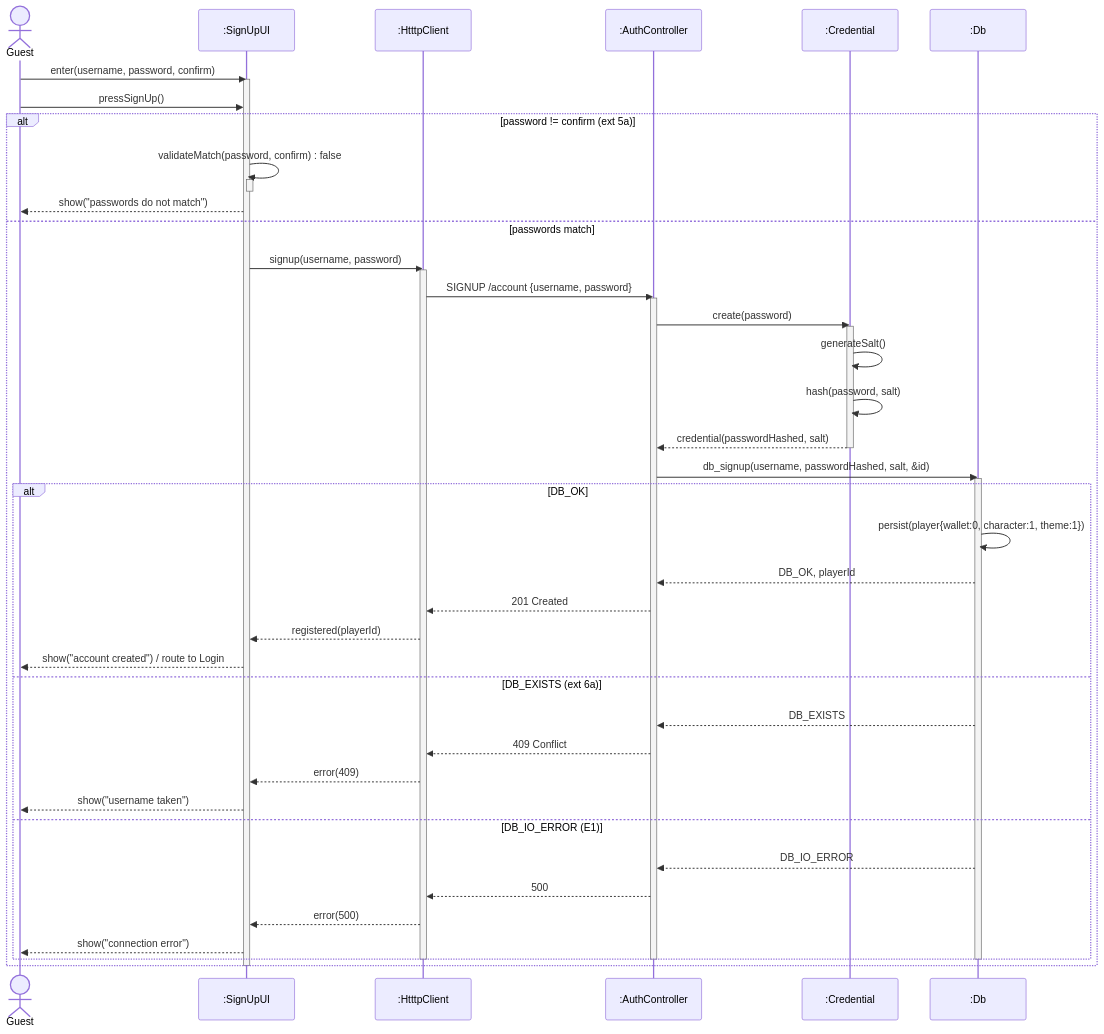
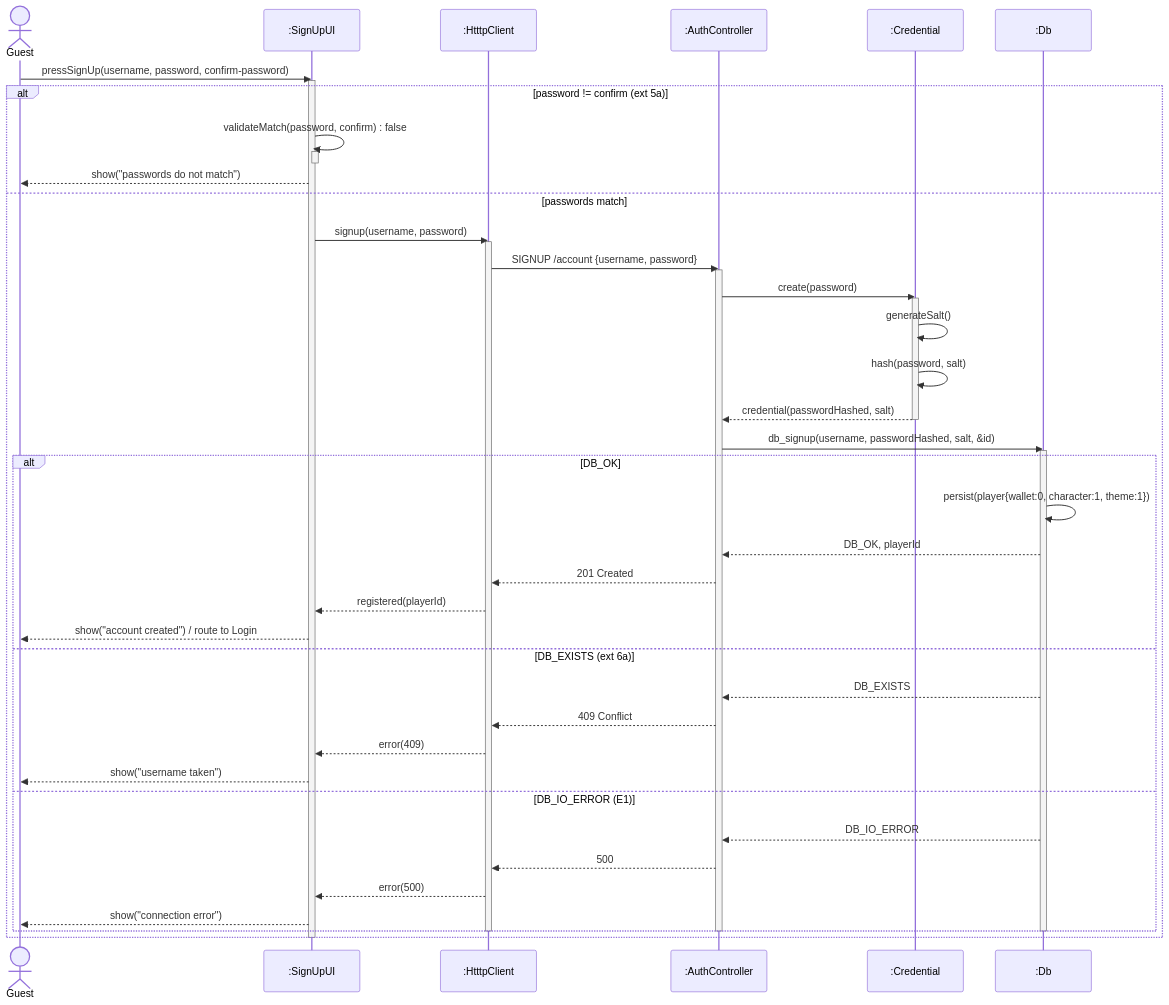
The ninth of 16 diagrams in docs/class_diagrams/cd_sd.md (ziqiqiiii/tetriSH), drawn with Mermaid before and after one commit. The commit also changed other lines of this file, not shown here.

Commit message:
fix - fixed the double arrow issue for seq diagram UC-01

````diff
--- a/docs/class_diagrams/cd_sd.md
+++ b/docs/class_diagrams/cd_sd.md
@@ -796,58 +796,57 @@
 ```mermaid
 sequenceDiagram
     actor Guest
     participant UI as :SignUpUI
     participant C as :HtttpClient
     participant AC as :AuthController
     participant Cr as :Credential
     participant DB as :Db
 
-    Guest->>UI: enter(username, password, confirm)
+    Guest->>UI: pressSignUp(username, password, confirm-password)
     activate UI
-    Guest->>UI: pressSignUp()
 
     alt password != confirm  (ext 5a)
         UI->>UI: validateMatch(password, confirm) : false
         activate UI
         deactivate UI
         UI-->>Guest: show("passwords do not match")
     else passwords match
         UI->>C: signup(username, password)
         activate C
         C->>AC: SIGNUP /account {username, password}
         activate AC
 
         AC->>Cr: create(password)
         activate Cr
         Cr->>Cr: generateSalt()
         Cr->>Cr: hash(password, salt)
         Cr-->>AC: credential(passwordHashed, salt)
         deactivate Cr
 
         AC->>DB: db_signup(username, passwordHashed, salt, &id)
         activate DB
 
         alt DB_OK
             DB->>DB: persist(player{wallet:0, character:1, theme:1})
             DB-->>AC: DB_OK, playerId
             AC-->>C: 201 Created
             C-->>UI: registered(playerId)
             UI-->>Guest: show("account created") / route to Login
         else DB_EXISTS  (ext 6a)
             DB-->>AC: DB_EXISTS
             AC-->>C: 409 Conflict
             C-->>UI: error(409)
             UI-->>Guest: show("username taken")
         else DB_IO_ERROR  (E1)
             DB-->>AC: DB_IO_ERROR
             AC-->>C: 500
             C-->>UI: error(500)
             UI-->>Guest: show("connection error")
         end
 
         deactivate DB
         deactivate AC
         deactivate C
     end
     deactivate UI
 ```
````
